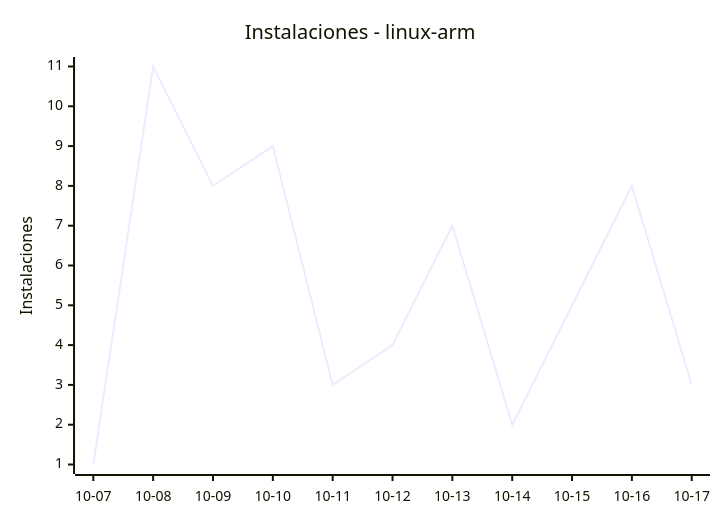
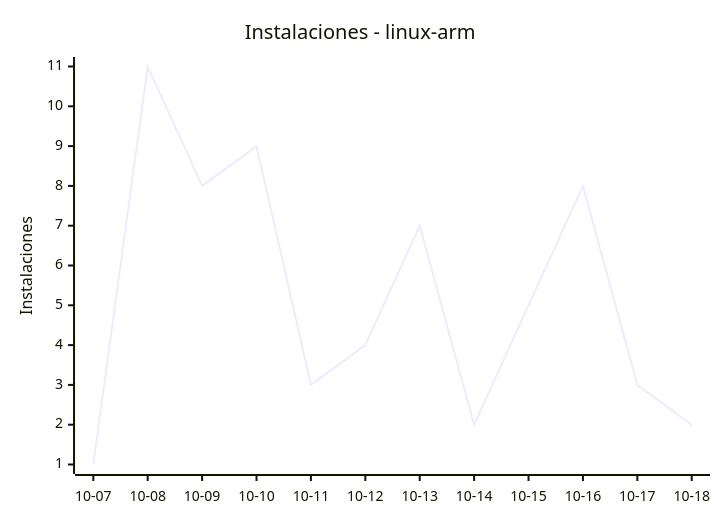
The fifth of 8 diagrams in README.md (EmuDeck/stats), drawn with Mermaid before and after one commit. The commit also changed other lines of this file and 2 other files, not shown here.

````diff
--- a/README.md
+++ b/README.md
@@ -60,7 +60,7 @@
 ```mermaid
 xychart-beta
     title "Instalaciones - linux-arm"
-    x-axis ["10-07", "10-08", "10-09", "10-10", "10-11", "10-12", "10-13", "10-14", "10-15", "10-16", "10-17"]
+    x-axis ["10-07", "10-08", "10-09", "10-10", "10-11", "10-12", "10-13", "10-14", "10-15", "10-16", "10-17", "10-18"]
     y-axis "Instalaciones"
-    line [1, 11, 8, 9, 3, 4, 7, 2, 5, 8, 3]
+    line [1, 11, 8, 9, 3, 4, 7, 2, 5, 8, 3, 2]
 ```
````
